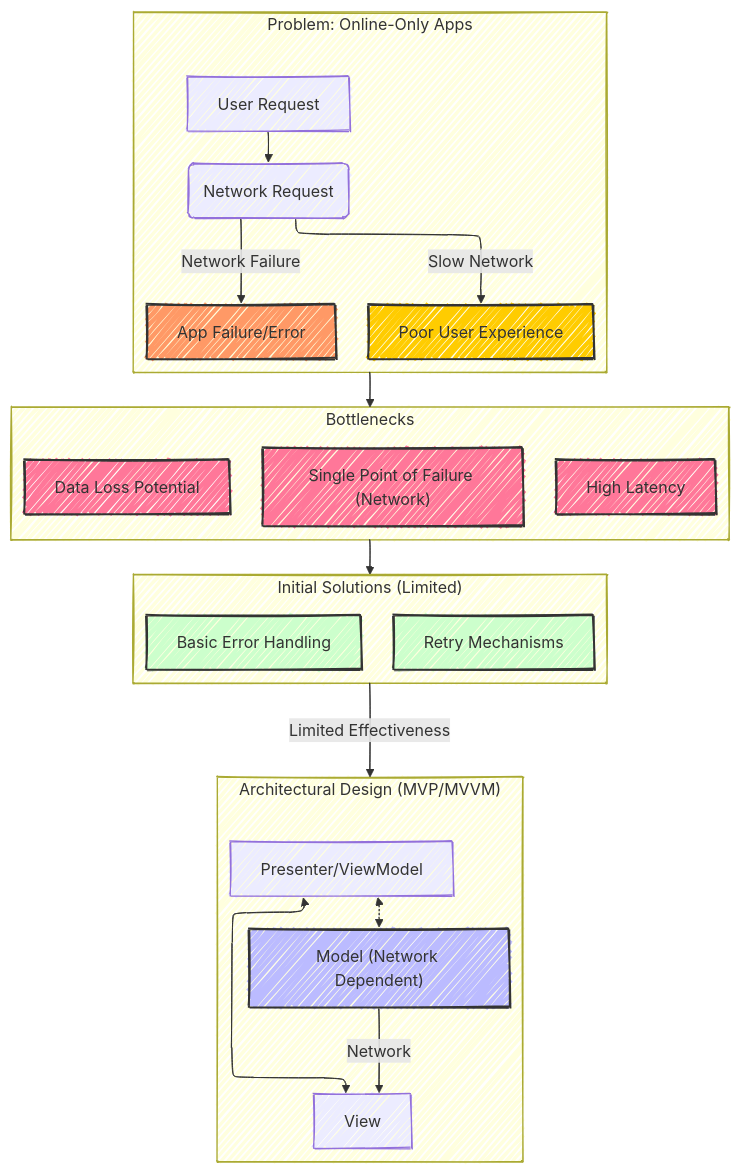
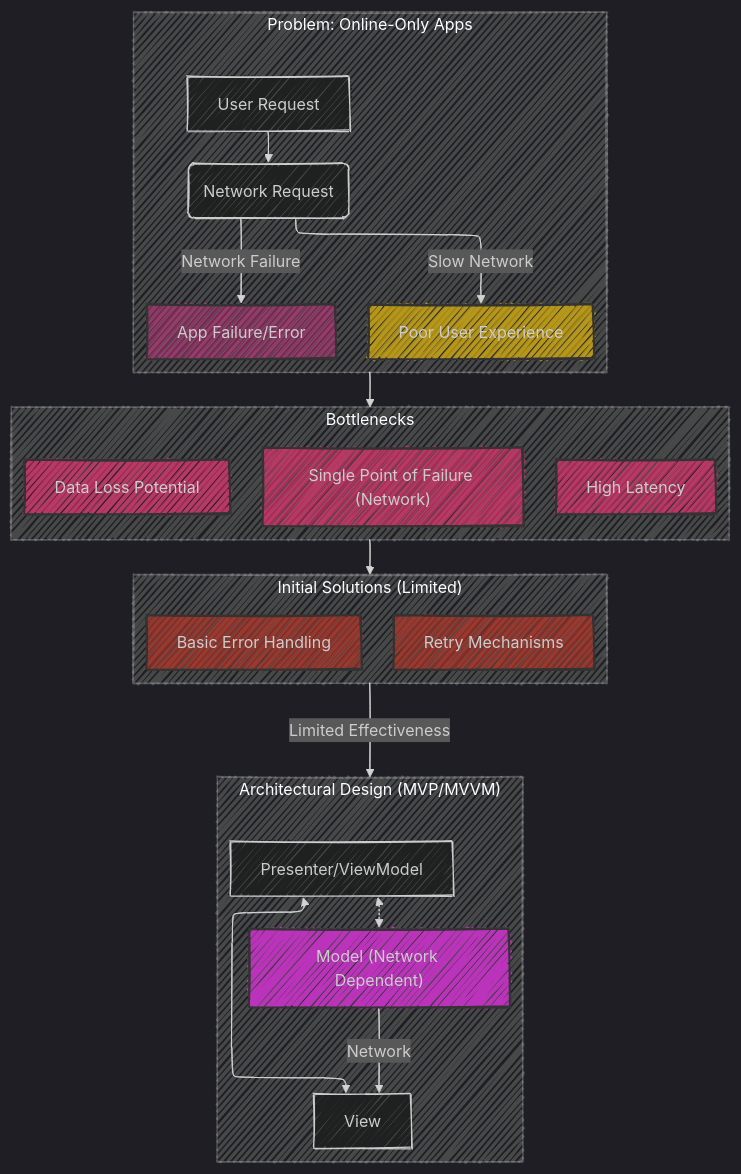
The first of 5 diagrams in Offline_Mobile_App_Architecture /Offline_App_Architecture_Evolution.md (CongLeSolutionX/iOS-development-vault), drawn with Mermaid before and after one commit.

Commit message:
update style

````diff
--- a/Offline_Mobile_App_Architecture /Offline_App_Architecture_Evolution.md
+++ b/Offline_Mobile_App_Architecture /Offline_App_Architecture_Evolution.md
@@ -22,47 +22,47 @@
 ```mermaid
 ---
 config:
   layout: elk
   look: handDrawn
-  theme: default
+  theme: dark
 ---
 flowchart TD
     subgraph Problem["Problem: Online-Only Apps"]
         A[User Request] --> B(Network Request);
         B -- "Network Failure" --> C[App Failure/Error];
         B -- "Slow Network" --> D[Poor User Experience];
-        style C fill:#f96,stroke:#333,stroke-width:2px
-        style D fill:#ffcc00,stroke:#333,stroke-width:2px
+        style C fill:#f396,stroke:#333,stroke-width:2px
+        style D fill:#fc09,stroke:#333,stroke-width:2px
 
     end
 
     subgraph Bottlenecks["Bottlenecks"]
         E["Single Point of Failure (Network)"];
         F[High Latency];
         G[Data Loss Potential];
-      style E fill:#f79,stroke:#333,stroke-width:2px
-        style F fill:#f79,stroke:#333,stroke-width:2px
-        style G fill:#f79,stroke:#333,stroke-width:2px
+      style E fill:#f379,stroke:#333,stroke-width:2px
+        style F fill:#f379,stroke:#333,stroke-width:2px
+        style G fill:#f379,stroke:#333,stroke-width:2px
     end
 
     subgraph Solutions["Initial Solutions (Limited)"]
         H[Basic Error Handling];
         I[Retry Mechanisms];
-          style H fill:#ccffcc,stroke:#333,stroke-width:2px
-         style I fill:#ccffcc,stroke:#333,stroke-width:2px
+          style H fill:#c329,stroke:#333,stroke-width:2px
+         style I fill:#c329,stroke:#333,stroke-width:2px
     end
 
     subgraph New_Architectural_Design["Architectural Design (MVP/MVVM)"]
         J["Model (Network Dependent)"];
         K[View];
         L[Presenter/ViewModel];
         J --"Network"--> K;
         L <-.-> J;
         L <--> K;
-        style J fill:#bbf,stroke:#333,stroke-width:2px
+        style J fill:#b3bf,stroke:#333,stroke-width:2px
     end
 
     Problem --> Bottlenecks;
     Bottlenecks --> Solutions;
     Solutions -- "Limited Effectiveness" --> New_Architectural_Design;
 ```
````
